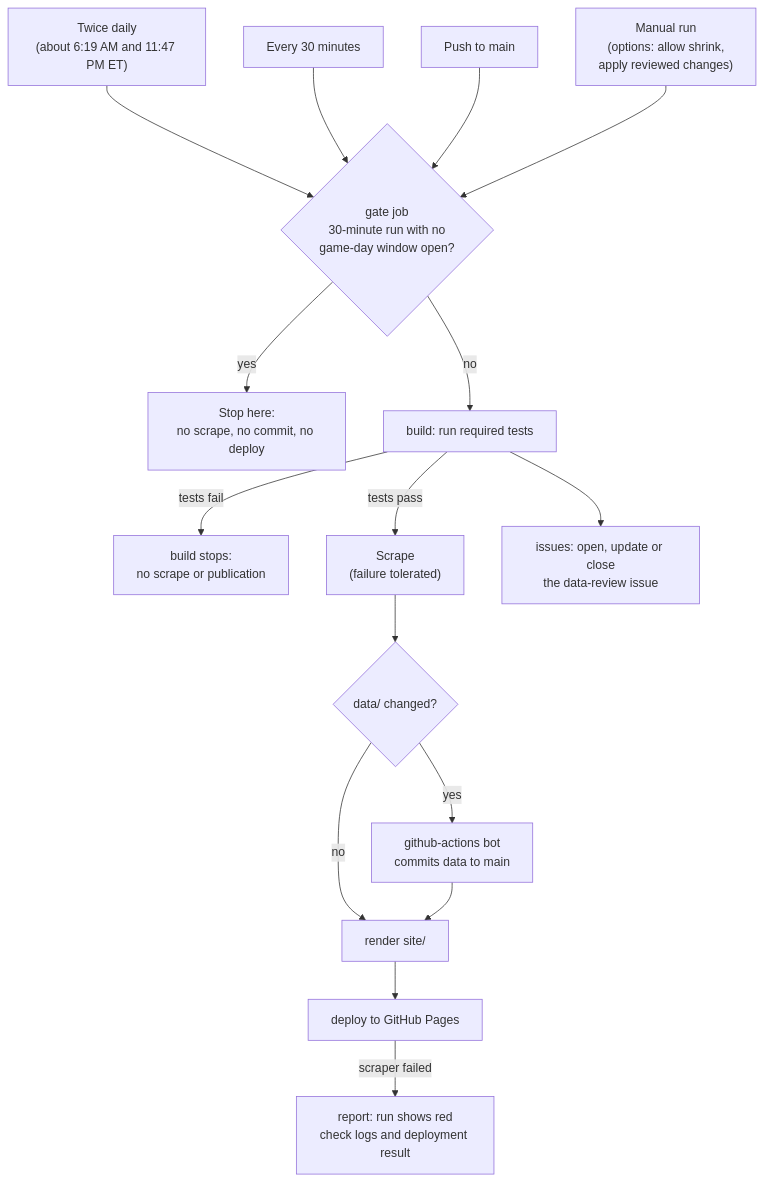
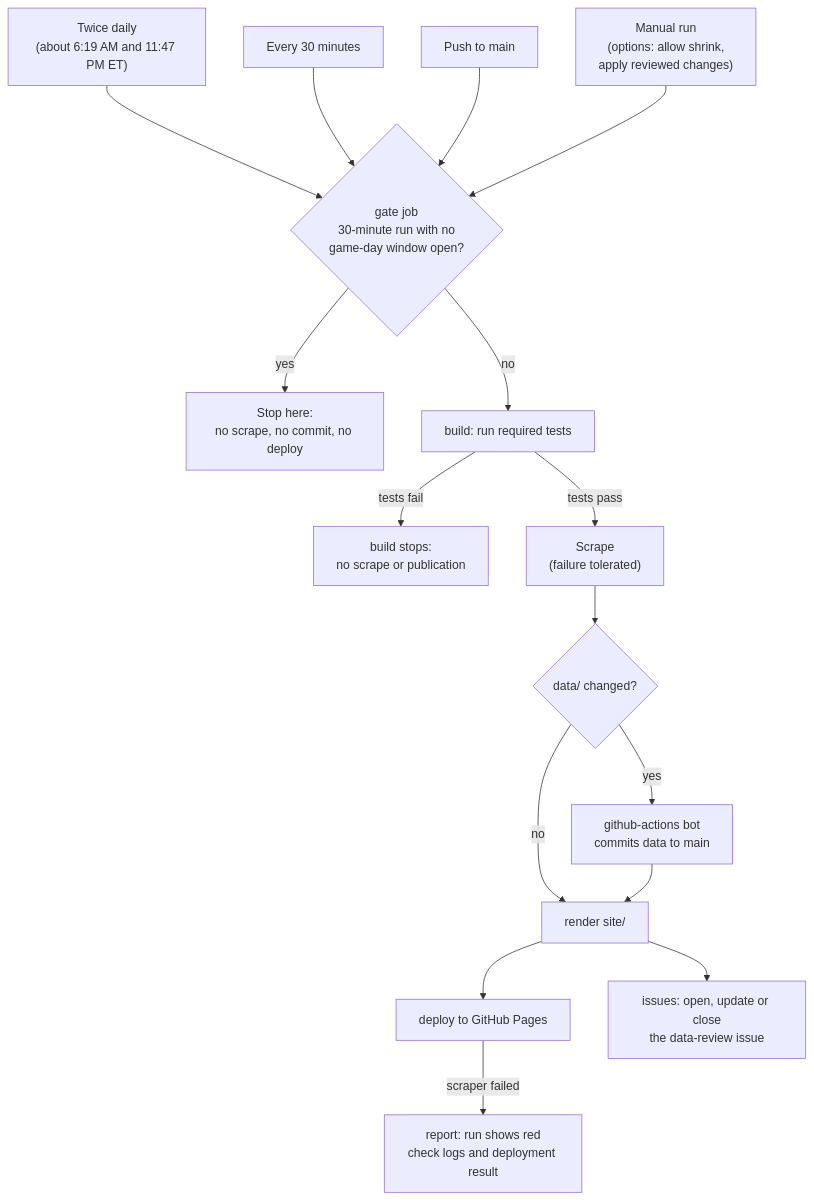
The second of 3 diagrams in README.md (Haynesmodel/DePauw-vs-Wabash-web), drawn with Mermaid before and after one commit.

Commit message:
docs: clarify issue sync follows successful build

````diff
--- a/README.md
+++ b/README.md
@@ -162,19 +162,19 @@
 ```mermaid
 flowchart TD
   T1["Twice daily<br/>(about 6:19 AM and 11:47 PM ET)"] --> G
   T2["Every 30 minutes"] --> G
   T3["Push to main"] --> G
   T4["Manual run<br/>(options: allow shrink,<br/>apply reviewed changes)"] --> G
   G{"gate job<br/>30-minute run with no<br/>game-day window open?"}
   G -- "yes" --> X["Stop here:<br/>no scrape, no commit, no deploy"]
   G -- "no" --> B["build: run required tests"]
   B -- "tests fail" --> TF["build stops:<br/>no scrape or publication"]
   B -- "tests pass" --> S["Scrape<br/>(failure tolerated)"]
   S --> C{"data/ changed?"}
   C -- "yes" --> CM["github-actions bot<br/>commits data to main"]
   C -- "no" --> RD
   CM --> RD["render site/"]
   RD --> D["deploy to GitHub Pages"]
-  B --> IS["issues: open, update or close<br/>the data-review issue"]
+  RD --> IS["issues: open, update or close<br/>the data-review issue"]
   D -- "scraper failed" --> RP["report: run shows red<br/>check logs and deployment result"]
 ```
````
